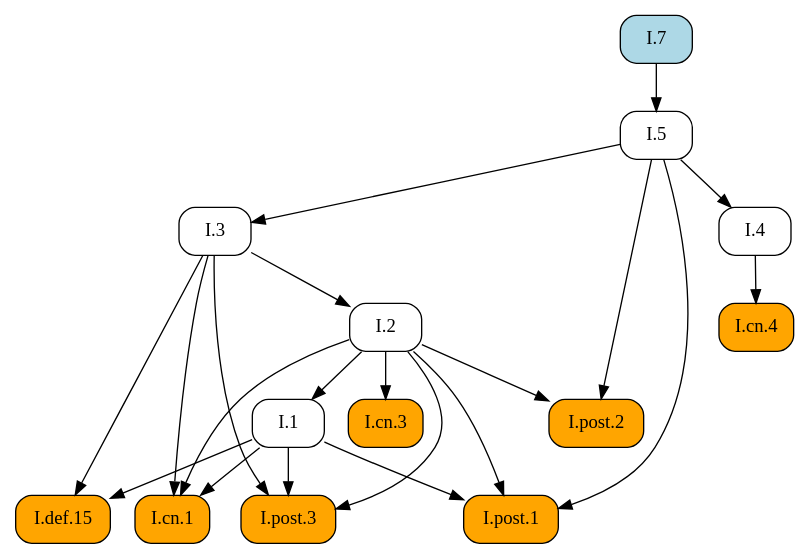
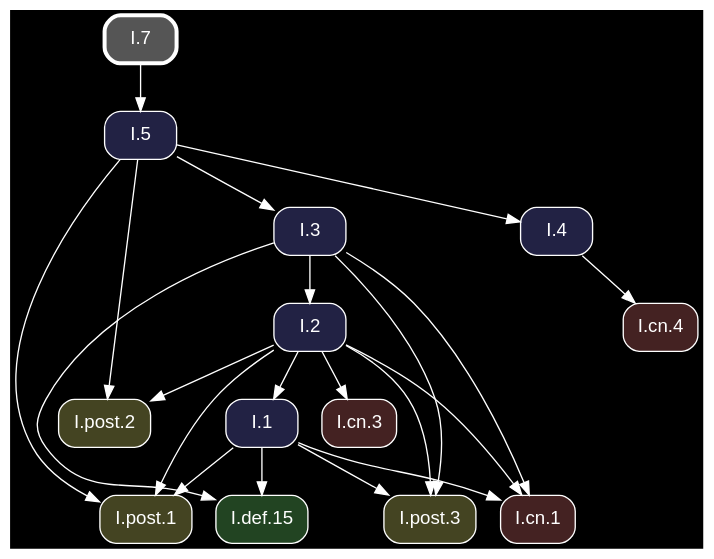
The diagram in docsrc/heath/I/7/index.rst (geometor/elements), drawn with Graphviz before and after one commit. The commit also changed other lines of this file and 1200 other files, not shown here.

Commit message:
update dependency graphs

```diff
--- a/docsrc/heath/I/7/index.rst
+++ b/docsrc/heath/I/7/index.rst
@@ -102,39 +102,41 @@
 .. graphviz::
 
    digraph {
+     bgcolor="black";
+     node [shape=box, style="rounded,filled", fontname="Helvetica", color="white", fontcolor="white"];
+     edge [color="white", fontcolor="white"];
      rankdir="TB";
-     node [shape=box, style=rounded];
-     "I.cn.1" [style="rounded,filled", fillcolor=orange, URL="/heath/I/cn.1/", target="_top"];
-     "I.7" [style="rounded,filled", fillcolor=lightblue, URL="/heath/I/7/", target="_top"];
-     "I.2" [URL="/heath/I/2/", target="_top"];
-     "I.def.15" [style="rounded,filled", fillcolor=orange, URL="/heath/I/def.15/", target="_top"];
-     "I.4" [URL="/heath/I/4/", target="_top"];
-     "I.cn.4" [style="rounded,filled", fillcolor=orange, URL="/heath/I/cn.4/", target="_top"];
-     "I.1" [URL="/heath/I/1/", target="_top"];
-     "I.post.2" [style="rounded,filled", fillcolor=orange, URL="/heath/I/post.2/", target="_top"];
-     "I.5" [URL="/heath/I/5/", target="_top"];
-     "I.post.1" [style="rounded,filled", fillcolor=orange, URL="/heath/I/post.1/", target="_top"];
-     "I.post.3" [style="rounded,filled", fillcolor=orange, URL="/heath/I/post.3/", target="_top"];
-     "I.cn.3" [style="rounded,filled", fillcolor=orange, URL="/heath/I/cn.3/", target="_top"];
-     "I.3" [URL="/heath/I/3/", target="_top"];
+     "I.1" [fillcolor="#222244", URL="/heath/I/1/", target="_top"];
+     "I.post.2" [fillcolor="#444422", URL="/heath/I/post.2/", target="_top"];
+     "I.3" [fillcolor="#222244", URL="/heath/I/3/", target="_top"];
+     "I.post.1" [fillcolor="#444422", URL="/heath/I/post.1/", target="_top"];
+     "I.cn.1" [fillcolor="#442222", URL="/heath/I/cn.1/", target="_top"];
+     "I.post.3" [fillcolor="#444422", URL="/heath/I/post.3/", target="_top"];
+     "I.4" [fillcolor="#222244", URL="/heath/I/4/", target="_top"];
+     "I.cn.3" [fillcolor="#442222", URL="/heath/I/cn.3/", target="_top"];
+     "I.7" [penwidth=3, color="white", fillcolor="#555555", URL="/heath/I/7/", target="_top"];
+     "I.def.15" [fillcolor="#224422", URL="/heath/I/def.15/", target="_top"];
+     "I.5" [fillcolor="#222244", URL="/heath/I/5/", target="_top"];
+     "I.2" [fillcolor="#222244", URL="/heath/I/2/", target="_top"];
+     "I.cn.4" [fillcolor="#442222", URL="/heath/I/cn.4/", target="_top"];
+     "I.2" -> "I.1";
+     "I.2" -> "I.post.2";
+     "I.5" -> "I.post.2";
+     "I.5" -> "I.3";
+     "I.1" -> "I.post.1";
+     "I.2" -> "I.post.1";
+     "I.5" -> "I.post.1";
      "I.1" -> "I.cn.1";
      "I.2" -> "I.cn.1";
      "I.3" -> "I.cn.1";
-     "I.3" -> "I.2";
-     "I.1" -> "I.def.15";
-     "I.3" -> "I.def.15";
-     "I.5" -> "I.4";
-     "I.4" -> "I.cn.4";
-     "I.2" -> "I.1";
-     "I.2" -> "I.post.2";
-     "I.5" -> "I.post.2";
-     "I.7" -> "I.5";
-     "I.1" -> "I.post.1";
-     "I.2" -> "I.post.1";
-     "I.5" -> "I.post.1";
      "I.1" -> "I.post.3";
      "I.2" -> "I.post.3";
      "I.3" -> "I.post.3";
+     "I.5" -> "I.4";
      "I.2" -> "I.cn.3";
-     "I.5" -> "I.3";
+     "I.1" -> "I.def.15";
+     "I.3" -> "I.def.15";
+     "I.7" -> "I.5";
+     "I.3" -> "I.2";
+     "I.4" -> "I.cn.4";
    }
```
